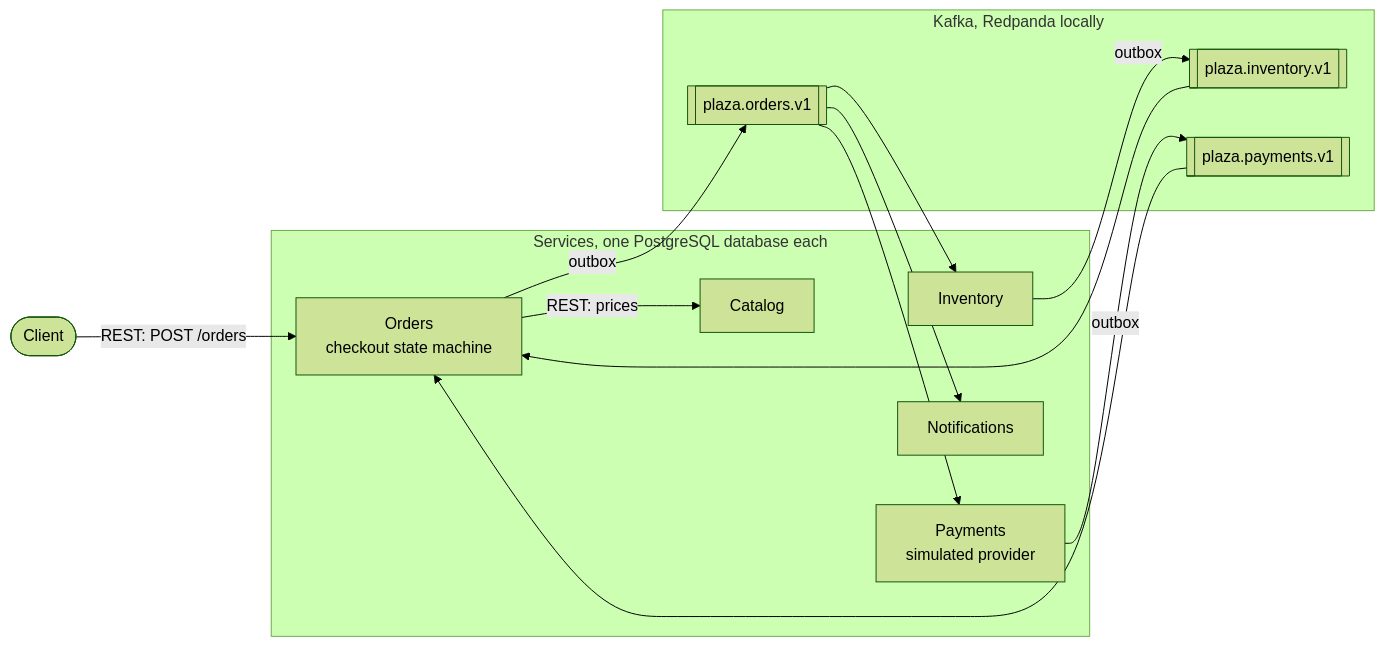
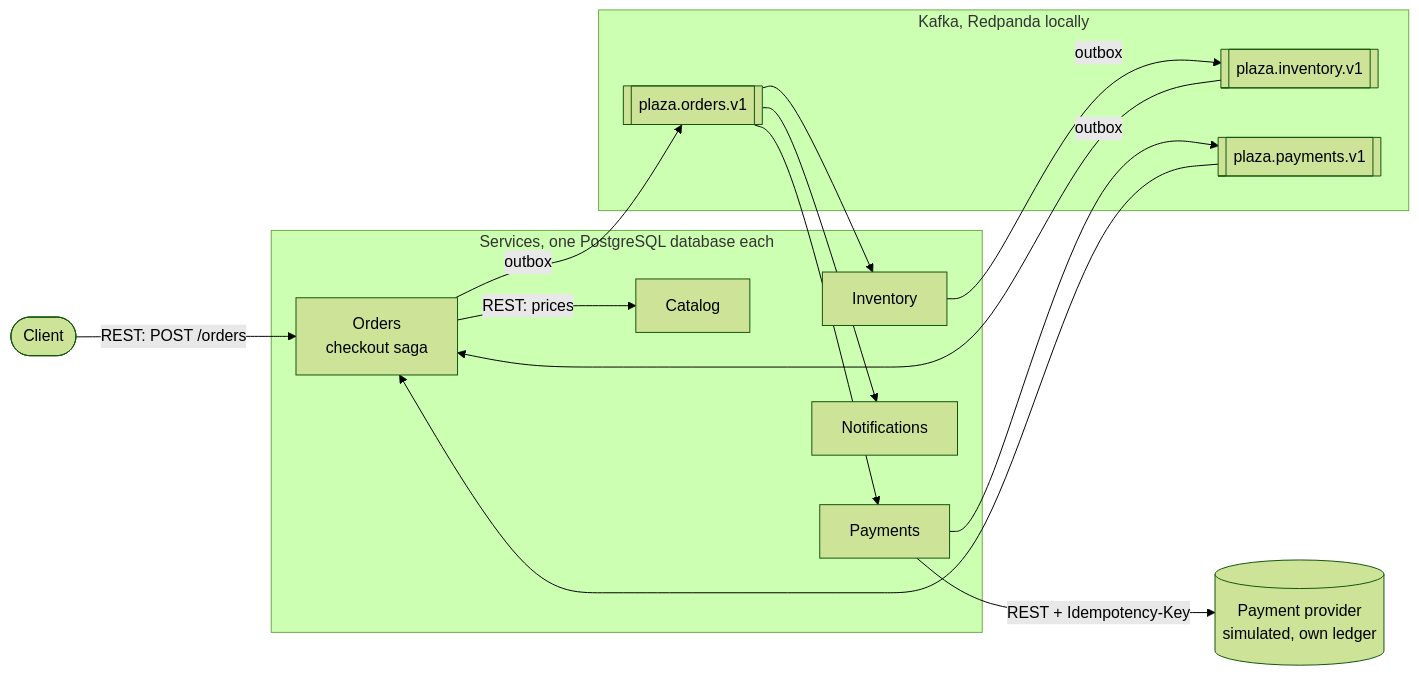
One commit to Carlosmarroquin20/plaza-commerce changed the first of 2 diagrams in README.md. Above: the diagram before and after it, drawn with Mermaid (forest theme). The commit also changed other lines of this file, not shown here.

Commit message:
docs: document phase 2 results, saga and payment provider in the README

````diff
--- a/README.md
+++ b/README.md
@@ -34,29 +53,31 @@
 ```mermaid
 flowchart LR
     client([Client])
+    provider[(Payment provider<br/>simulated, own ledger)]
 
     subgraph services [Services, one PostgreSQL database each]
-        orders[Orders<br/>checkout state machine]
+        orders[Orders<br/>checkout saga]
         catalog[Catalog]
         inventory[Inventory]
-        payments[Payments<br/>simulated provider]
+        payments[Payments]
         notifications[Notifications]
     end
 
     subgraph kafka [Kafka, Redpanda locally]
         t_orders[[plaza.orders.v1]]
         t_inventory[[plaza.inventory.v1]]
         t_payments[[plaza.payments.v1]]
     end
 
     client -- "REST: POST /orders" --> orders
     orders -- "REST: prices" --> catalog
+    payments -- "REST + Idempotency-Key" --> provider
 
     orders -- outbox --> t_orders
     t_orders --> inventory
     t_orders --> payments
     t_orders --> notifications
 
     inventory -- outbox --> t_inventory --> orders
     payments -- outbox --> t_payments --> orders
 ```
````
